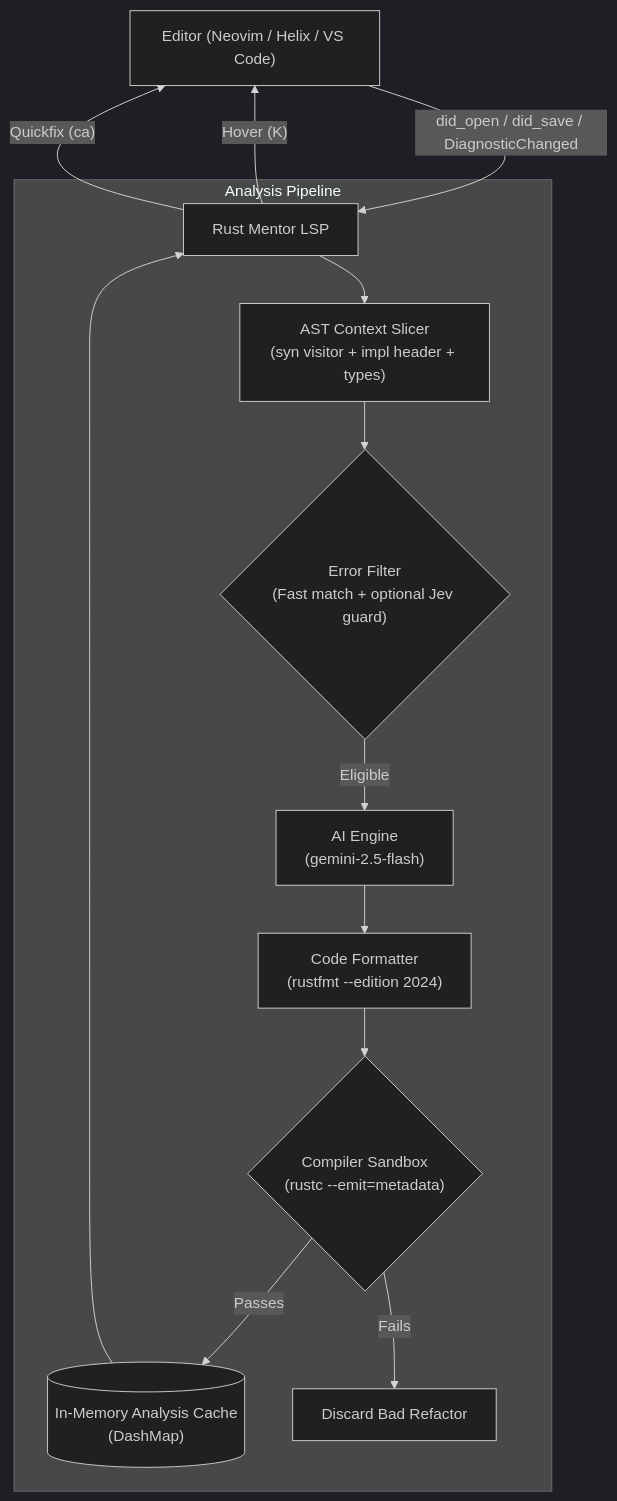
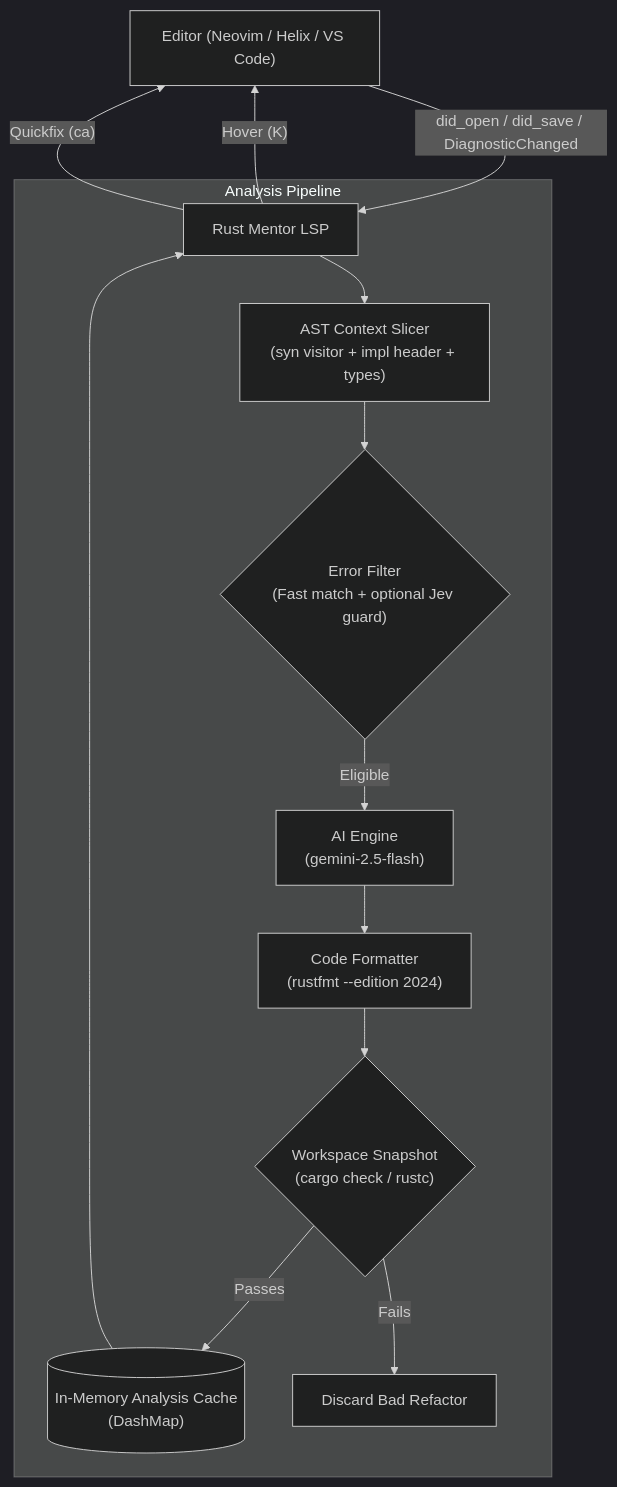
Before and after one commit to nyrx-dev/rust-mentor-lsp: the diagram in README.md, drawn with Mermaid (dark theme). The commit also changed other lines of this file and 14 other files, not shown here.

````diff
--- a/README.md
+++ b/README.md
@@ -65,18 +141,18 @@
 ```mermaid
 flowchart TD
     Editor["Editor (Neovim / Helix / VS Code)"] -- "did_open / did_save / DiagnosticChanged" --> LSP["Rust Mentor LSP"]
     
     subgraph Analysis Pipeline
         LSP --> Slicer["AST Context Slicer\n(syn visitor + impl header + types)"]
         Slicer --> Filter{"Error Filter\n(Fast match + optional Jev guard)"}
         Filter -- Eligible --> Model["AI Engine\n(gemini-2.5-flash)"]
         Model --> Formatter["Code Formatter\n(rustfmt --edition 2024)"]
-        Formatter --> Verifier{"Compiler Sandbox\n(rustc --emit=metadata)"}
+        Formatter --> Verifier{"Workspace Snapshot\n(cargo check / rustc)"}
         Verifier -- Passes --> Cache[("In-Memory Analysis Cache\n(DashMap)")]
         Verifier -- Fails --> Drop["Discard Bad Refactor"]
     end
     
     Cache --> LSP
     LSP -- "Hover (K)" --> Editor
     LSP -- "Quickfix (<leader>ca)" --> Editor
 ```
````
